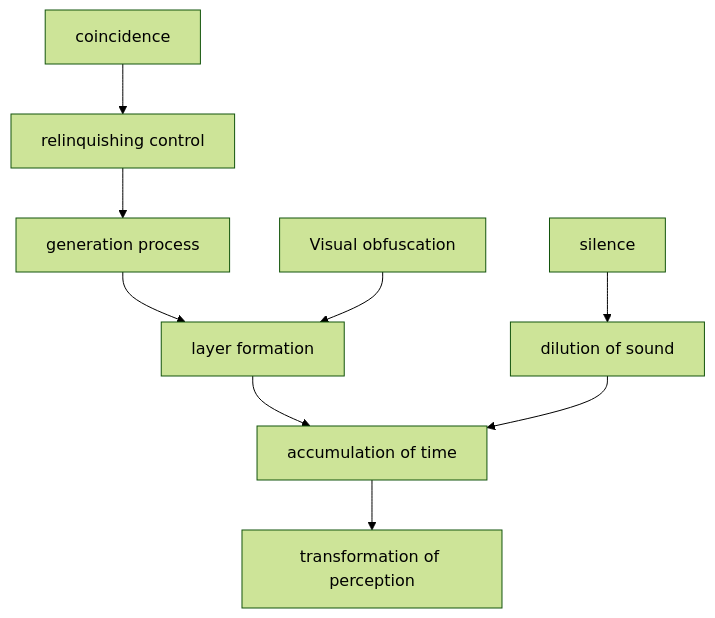
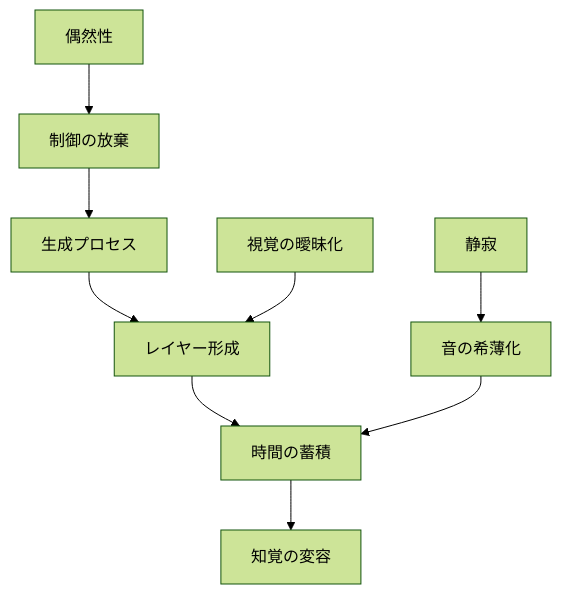
One commit to monumental-movement/monumental-movement.github.io changed the fourth of 4 diagrams in en/_posts/2026-04-25-column-gerhard-richter.md. Above: the diagram before and after it, drawn with Mermaid (forest theme). The commit also changed other lines of this file and 2196 other files, not shown here.

```diff
--- a/en/_posts/2026-04-25-column-gerhard-richter.md
+++ b/en/_posts/2026-04-25-column-gerhard-richter.md
@@ -433,14 +432,14 @@
 <div class="mermaid">
 graph TD
-A[coincidence] --> B[relinquishing control]
-B --> C[generation process]
-C --> D[layer formation]
-D --> E[accumulation of time]
-E --> F[transformation of perception]
+A[偶然性] --> B[制御の放棄]
+B --> C[生成プロセス]
+C --> D[レイヤー形成]
+D --> E[時間の蓄積]
+E --> F[知覚の変容]
 
-G[silence] --> H[dilution of sound]
+G[静寂] --> H[音の希薄化]
 H --> E
 
-I[Visual obfuscation] --> D
+I[視覚の曖昧化] --> D
 
 </div>
```
